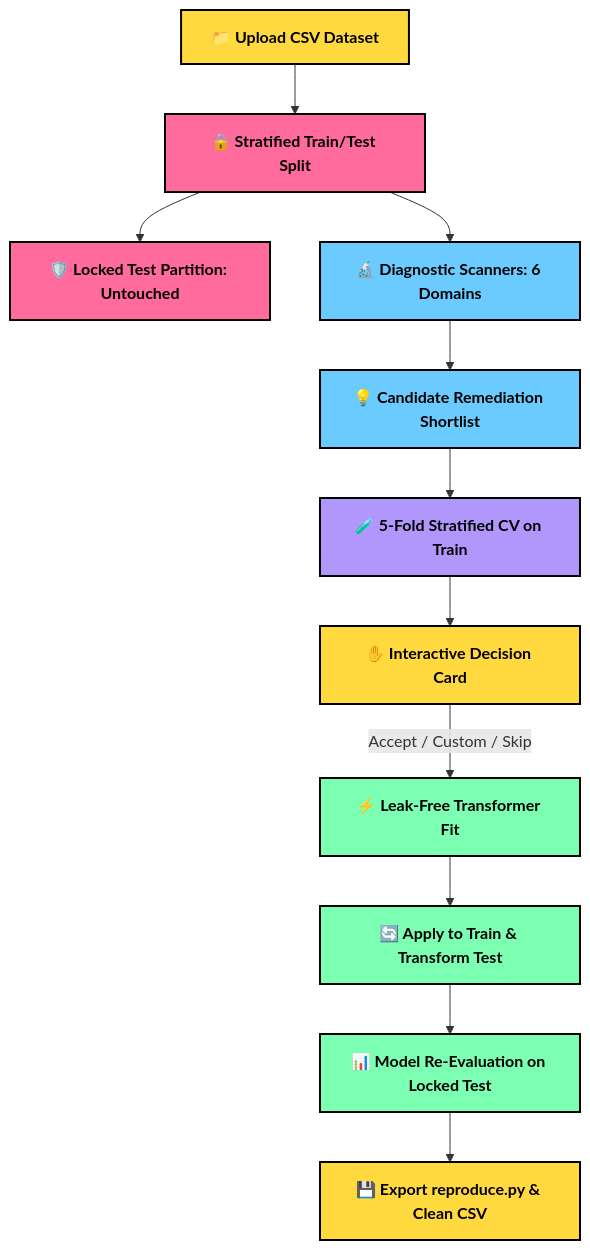
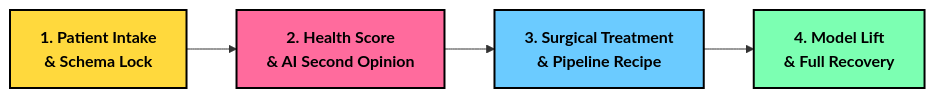
Before and after one commit to Naresh-Kumar17/Dataset-Doctor: the diagram in README.md, drawn with Mermaid. The commit also changed other lines of this file, not shown here.

````diff
--- a/README.md
+++ b/README.md
@@ -111,22 +69,12 @@
 ```mermaid
-flowchart TD
+flowchart LR
     %% Styling
     classDef yellow fill:#FFD93D,stroke:#000,stroke-width:2px,font-weight:bold,color:#000;
     classDef green fill:#7CFFB2,stroke:#000,stroke-width:2px,font-weight:bold,color:#000;
     classDef pink fill:#FF6B9D,stroke:#000,stroke-width:2px,font-weight:bold,color:#000;
     classDef blue fill:#6BCBFF,stroke:#000,stroke-width:2px,font-weight:bold,color:#000;
-    classDef purple fill:#B197FC,stroke:#000,stroke-width:2px,font-weight:bold,color:#000;
 
-    A[📁 Upload CSV Dataset]:::yellow --> B[🔒 Stratified Train/Test Split]:::pink
-    B --> C[🛡️ Locked Test Partition: Untouched]:::pink
-    B --> D[🔬 Diagnostic Scanners: 6 Domains]:::blue
-    
-    D --> E[💡 Candidate Remediation Shortlist]:::blue
-    E --> F[🧪 5-Fold Stratified CV on Train]:::purple
-    F --> G[✋ Interactive Decision Card]:::yellow
-    
-    G -->|Accept / Custom / Skip| H[⚡ Leak-Free Transformer Fit]:::green
-    H --> I[🔄 Apply to Train & Transform Test]:::green
-    I --> J[📊 Model Re-Evaluation on Locked Test]:::green
-    J --> K[💾 Export reproduce.py & Clean CSV]:::yellow
+    A["1. Patient Intake<br/>& Schema Lock"]:::yellow --> B["2. Health Score<br/>& AI Second Opinion"]:::pink
+    B --> C["3. Surgical Treatment<br/>& Pipeline Recipe"]:::blue
+    C --> D["4. Model Lift<br/>& Full Recovery"]:::green
 ```
````
